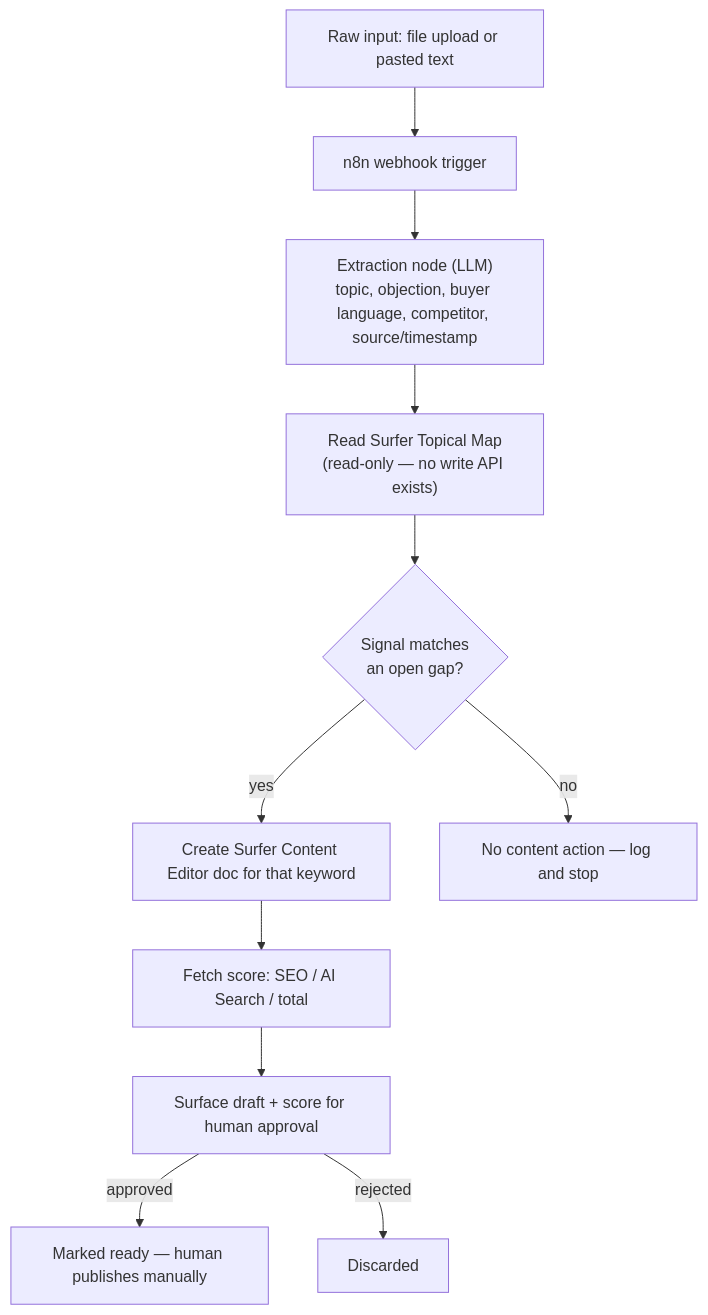
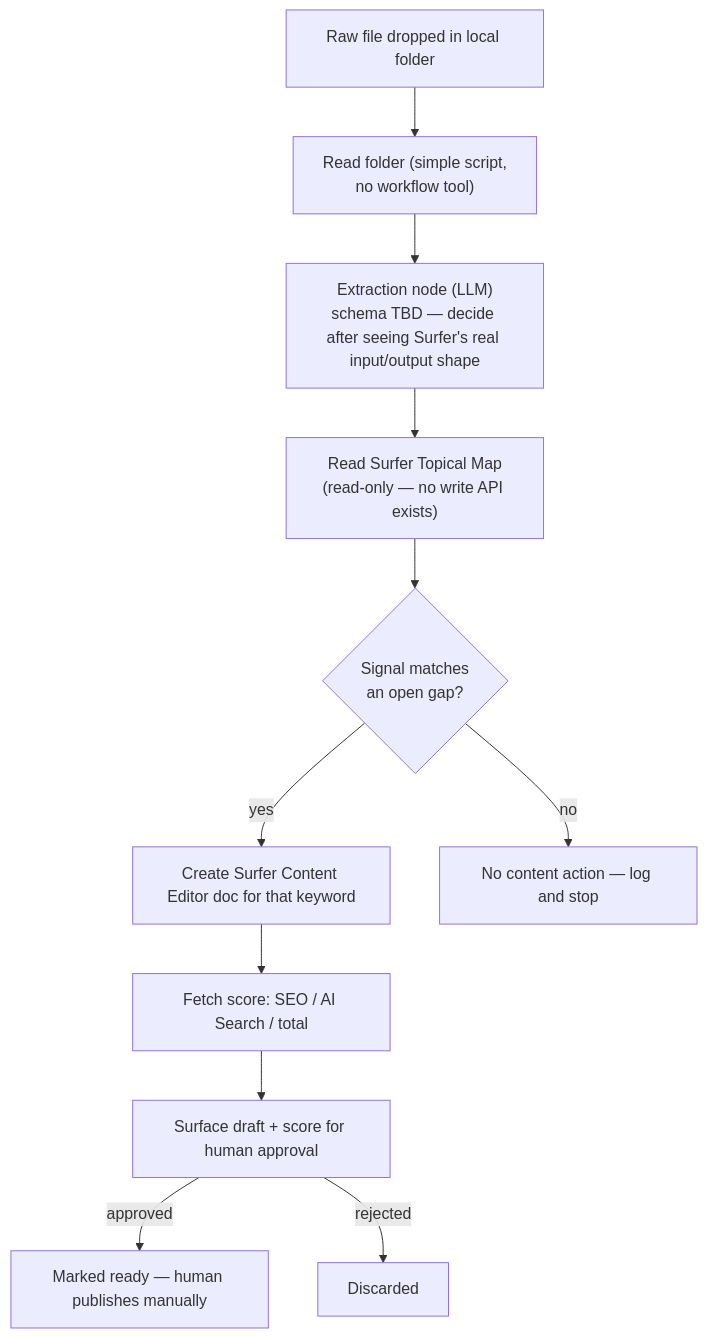
One commit to ohsuvorav/gtm-hackathon changed the diagram in PRD-TRACK1-ORCHESTRATION.md. Above: the diagram before and after it, drawn with Mermaid. The commit also changed other lines of this file, not shown here.

First line of the commit message:
Drop n8n, simplify to folder-based input, design backward from Surfer

````diff
--- a/PRD-TRACK1-ORCHESTRATION.md
+++ b/PRD-TRACK1-ORCHESTRATION.md
@@ -22,13 +25,13 @@
 ```mermaid
 flowchart TD
-    A[Raw input: file upload or pasted text] --> B[n8n webhook trigger]
-    B --> C["Extraction node (LLM)<br/>topic, objection, buyer language, competitor, source/timestamp"]
+    A[Raw file dropped in local folder] --> B["Read folder (simple script,<br/>no workflow tool)"]
+    B --> C["Extraction node (LLM)<br/>schema TBD — decide after seeing Surfer's real input/output shape"]
     C --> D["Read Surfer Topical Map<br/>(read-only — no write API exists)"]
     D --> E{Signal matches<br/>an open gap?}
     E -- yes --> F[Create Surfer Content Editor doc for that keyword]
     F --> G[Fetch score: SEO / AI Search / total]
     E -- no --> H[No content action — log and stop]
     G --> I[Surface draft + score for human approval]
     I -- approved --> J[Marked ready — human publishes manually]
     I -- rejected --> K[Discarded]
 ```
````
